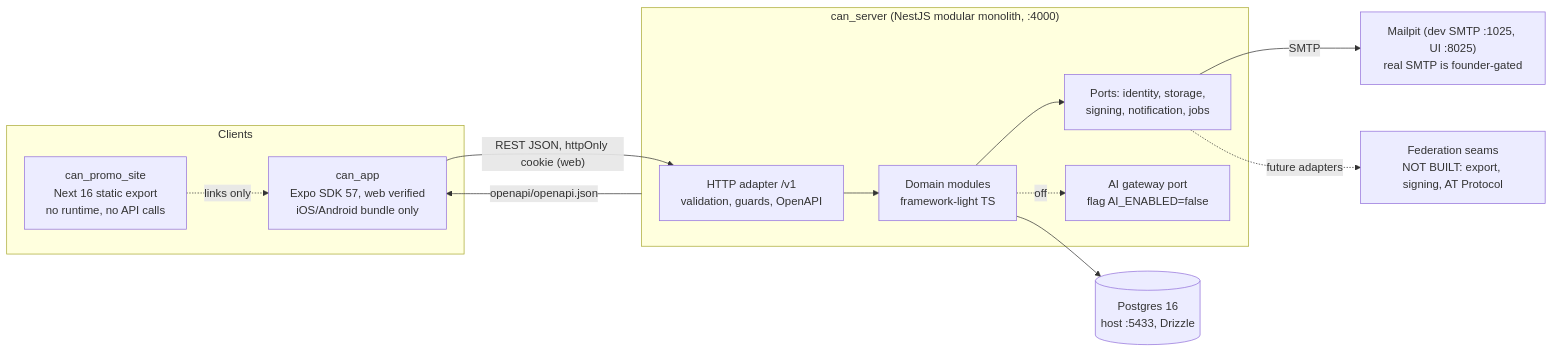
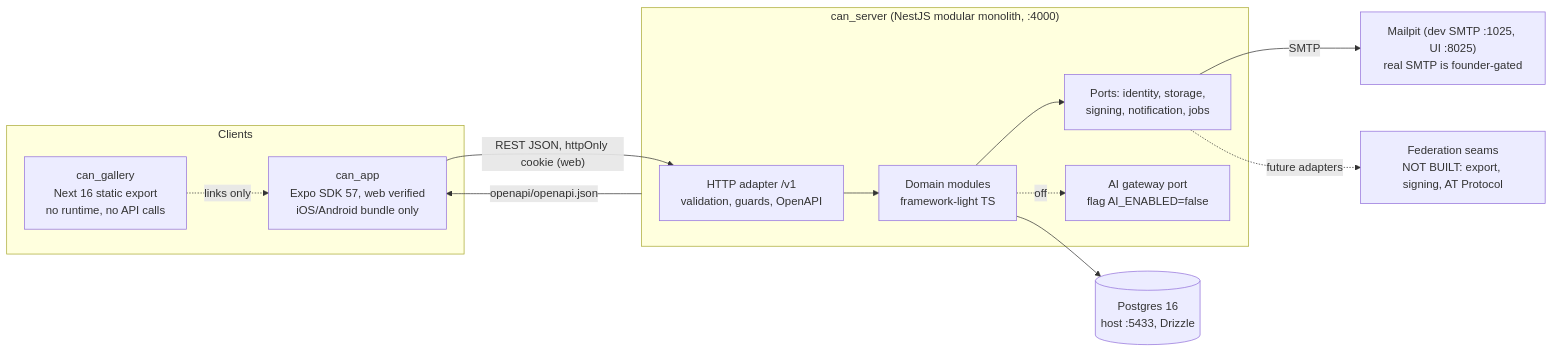
One commit to community-action-network-oss/community_action_network_oss changed the first of 2 diagrams in docs/design/system-design.md. Above: the diagram before and after it, drawn with Mermaid. The commit also changed other lines of this file and 48 other files, not shown here.

Commit message:
W2 P1: reframe promo site as the public gallery across docs, skills, plans and scripts

````diff
--- a/docs/design/system-design.md
+++ b/docs/design/system-design.md
@@ -9,24 +9,24 @@
 ```mermaid
 flowchart LR
   subgraph clients[Clients]
     app["can_app<br/>Expo SDK 57, web verified<br/>iOS/Android bundle only"]
-    promo["can_promo_site<br/>Next 16 static export<br/>no runtime, no API calls"]
+    gallery["can_gallery<br/>Next 16 static export<br/>no runtime, no API calls"]
   end
   subgraph server["can_server (NestJS modular monolith, :4000)"]
     api["HTTP adapter /v1<br/>validation, guards, OpenAPI"]
     domain["Domain modules<br/>framework-light TS"]
     ports["Ports: identity, storage,<br/>signing, notification, jobs"]
     ai["AI gateway port<br/>flag AI_ENABLED=false"]
   end
   pg[("Postgres 16<br/>host :5433, Drizzle")]
   mail["Mailpit (dev SMTP :1025, UI :8025)<br/>real SMTP is founder-gated"]
   fed["Federation seams<br/>NOT BUILT: export, signing, AT Protocol"]
   app -- "REST JSON, httpOnly cookie (web)" --> api
-  promo -. "links only" .-> app
+  gallery -. "links only" .-> app
   api --> domain --> ports
   domain --> pg
   ports -- "SMTP" --> mail
   domain -. "off" .-> ai
   ports -. "future adapters" .-> fed
   server -- "openapi/openapi.json" --> app
 ```
````
